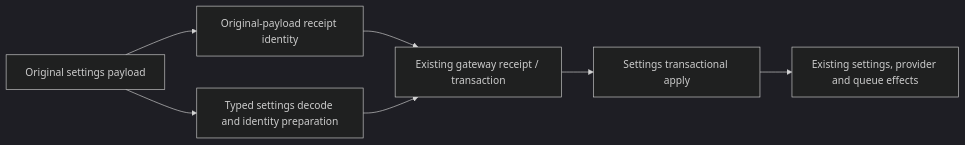
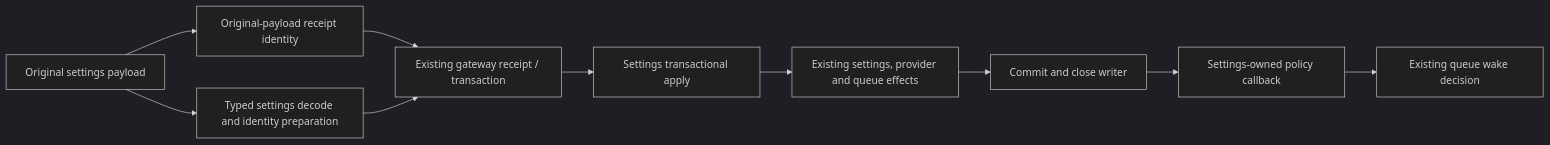
Before and after one commit to aaweaver-actuary/tempo: the fifth of 5 diagrams in backend/app/README.md, drawn with Mermaid (dark theme). The commit also changed other lines of this file and 6 other files, not shown here.

Commit message:
Own settings policy refresh in descriptor hook

````diff
--- a/backend/app/README.md
+++ b/backend/app/README.md
@@ -127,9 +129,12 @@
 ```mermaid
 flowchart LR
   original["Original settings payload"] --> digest["Original-payload receipt identity"]
   original --> decode["Typed settings decode and identity preparation"]
   digest --> gateway["Existing gateway receipt / transaction"]
   decode --> gateway
   gateway --> apply["Settings transactional apply"]
   apply --> effects["Existing settings, provider and queue effects"]
+  effects --> committed["Commit and close writer"]
+  committed --> policy["Settings-owned policy callback"]
+  policy --> wake["Existing queue wake decision"]
 ```
````
